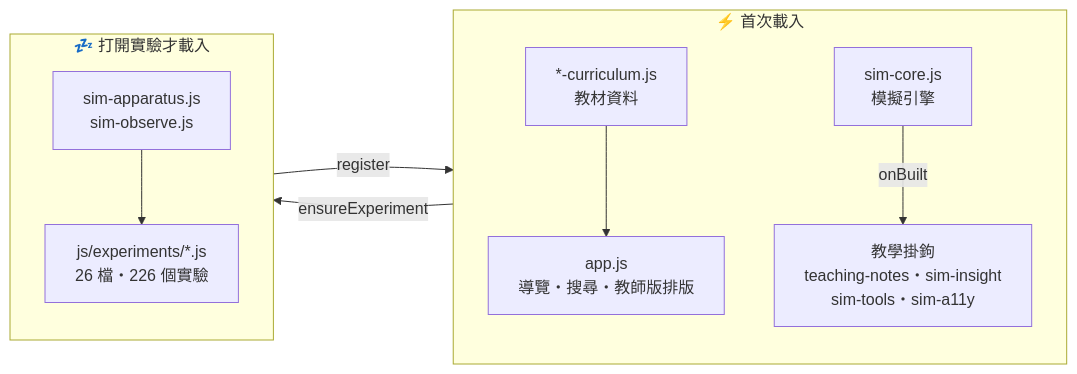
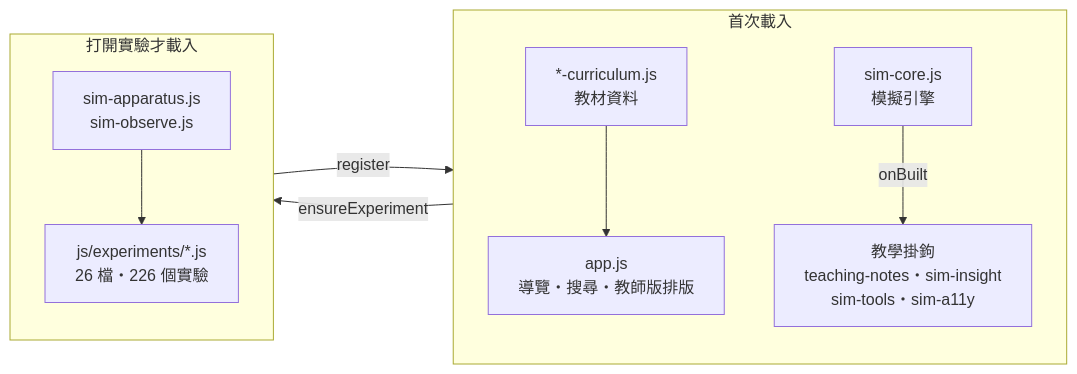
One commit to Yu-0312/senior-science changed the sixth of 9 diagrams in README.md. Above: the diagram before and after it, drawn with Mermaid. The commit also changed other lines of this file and 34 other files, not shown here.

````diff
--- a/README.md
+++ b/README.md
@@ -370,19 +370,19 @@
 ```mermaid
 flowchart LR
-    subgraph eager["⚡ 首次載入"]
+    subgraph eager["首次載入"]
         direction TB
         CUR["*-curriculum.js<br/>教材資料"]
         APP["app.js<br/>導覽・搜尋・教師版排版"]
         CORE["sim-core.js<br/>模擬引擎"]
         HOOK["教學掛鉤<br/>teaching-notes・sim-insight<br/>sim-tools・sim-a11y"]
     end
-    subgraph lazy["💤 打開實驗才載入"]
+    subgraph lazy["打開實驗才載入"]
         direction TB
         APPA["sim-apparatus.js<br/>sim-observe.js"]
         EXP["js/experiments/*.js<br/>26 檔・226 個實驗"]
     end
     CUR --> APP
     APP -->|"ensureExperiment"| APPA --> EXP
     EXP -->|"register"| CORE
     CORE -->|"onBuilt"| HOOK
 ```
````
